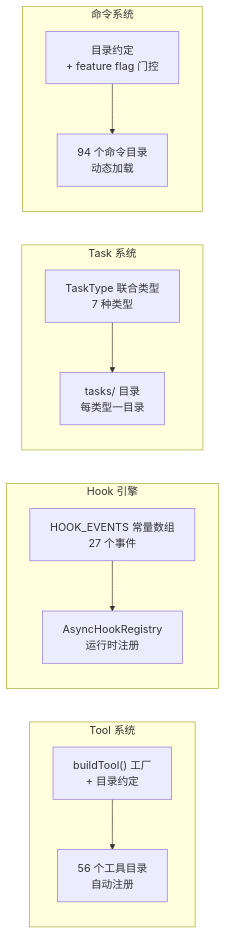
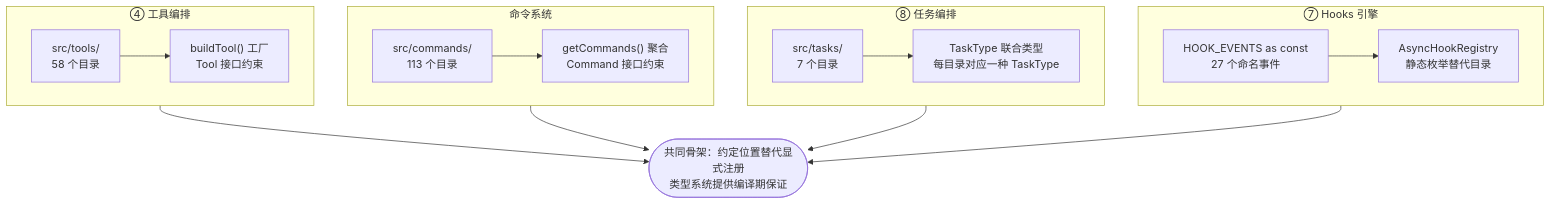
The third of 3 diagrams in claude-code-engineering-patterns/book/src/part1/ch01.md (weiping/claude-code-book), drawn with Mermaid before and after one commit. The commit also changed other lines of this file and 700 other files, not shown here.

First line of the commit message:
docs: restructure engineering patterns book to 3-layer architecture

````diff
--- a/claude-code-engineering-patterns/book/src/part1/ch01.md
+++ b/claude-code-engineering-patterns/book/src/part1/ch01.md
@@ -319,26 +247,27 @@
 ```mermaid
-graph LR
-    subgraph Tool["Tool 系统"]
-        T1["buildTool() 工厂\n+ 目录约定"]
-        T2["56 个工具目录\n自动注册"]
-        T1 --> T2
+graph TB
+    subgraph Tools["④ 工具编排"]
+        TD["src/tools/
+58 个目录"] --> TF["buildTool() 工厂
+Tool 接口约束"]
+    end
+    subgraph Cmds["命令系统"]
+        CD["src/commands/
+113 个目录"] --> CF["getCommands() 聚合
+Command 接口约束"]
+    end
+    subgraph Tasks["⑧ 任务编排"]
+        KD["src/tasks/
+7 个目录"] --> KF["TaskType 联合类型
+每目录对应一种 TaskType"]
+    end
+    subgraph Hooks["⑦ Hooks 引擎"]
+        HD["HOOK_EVENTS as const
+27 个命名事件"] --> HF["AsyncHookRegistry
+静态枚举替代目录"]
     end
 
-    subgraph Hook["Hook 引擎"]
-        H1["HOOK_EVENTS 常量数组\n27 个事件"]
-        H2["AsyncHookRegistry\n运行时注册"]
-        H1 --> H2
-    end
-
-    subgraph Task["Task 系统"]
-        K1["TaskType 联合类型\n7 种类型"]
-        K2["tasks/ 目录\n每类型一目录"]
-        K1 --> K2
-    end
-
-    subgraph Cmd["命令系统"]
-        C1["目录约定\n+ feature flag 门控"]
-        C2["94 个命令目录\n动态加载"]
-        C1 --> C2
-    end
+    PATTERN(["共同骨架：约定位置替代显式注册
+类型系统提供编译期保证"])
+    Tools & Cmds & Tasks & Hooks --> PATTERN
 ```
````
